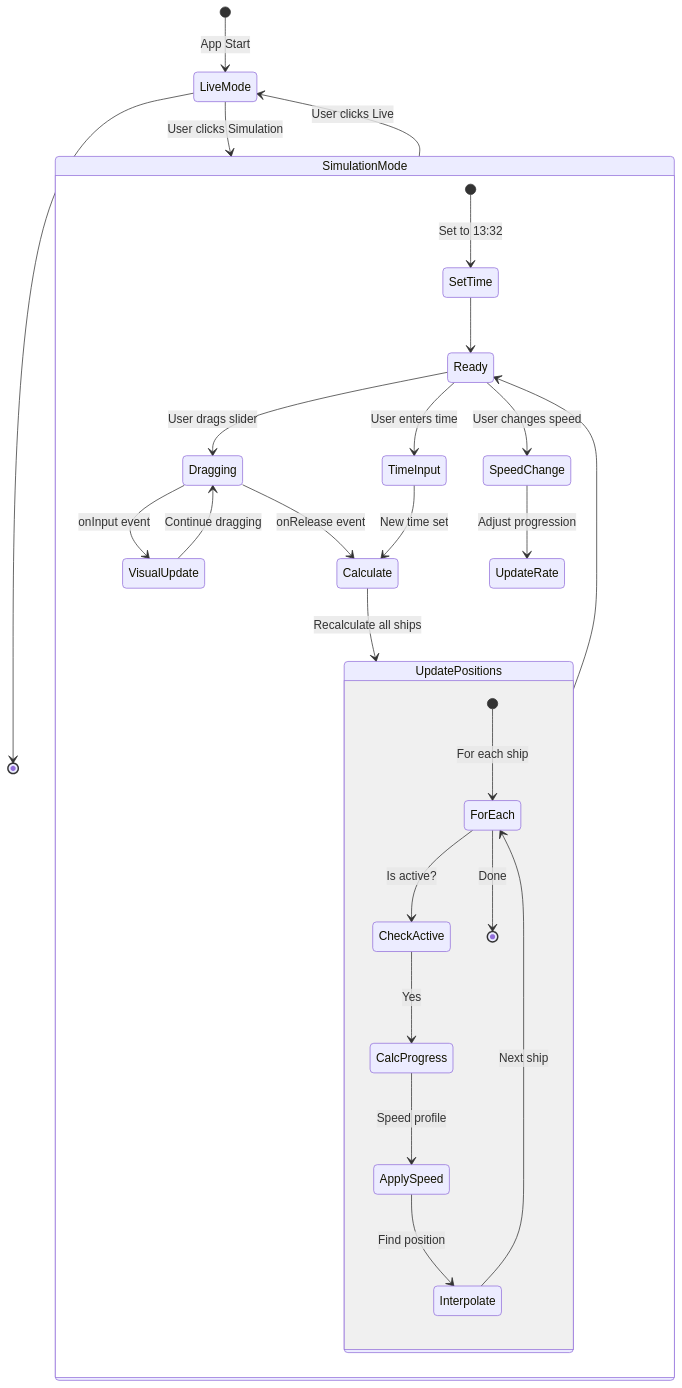
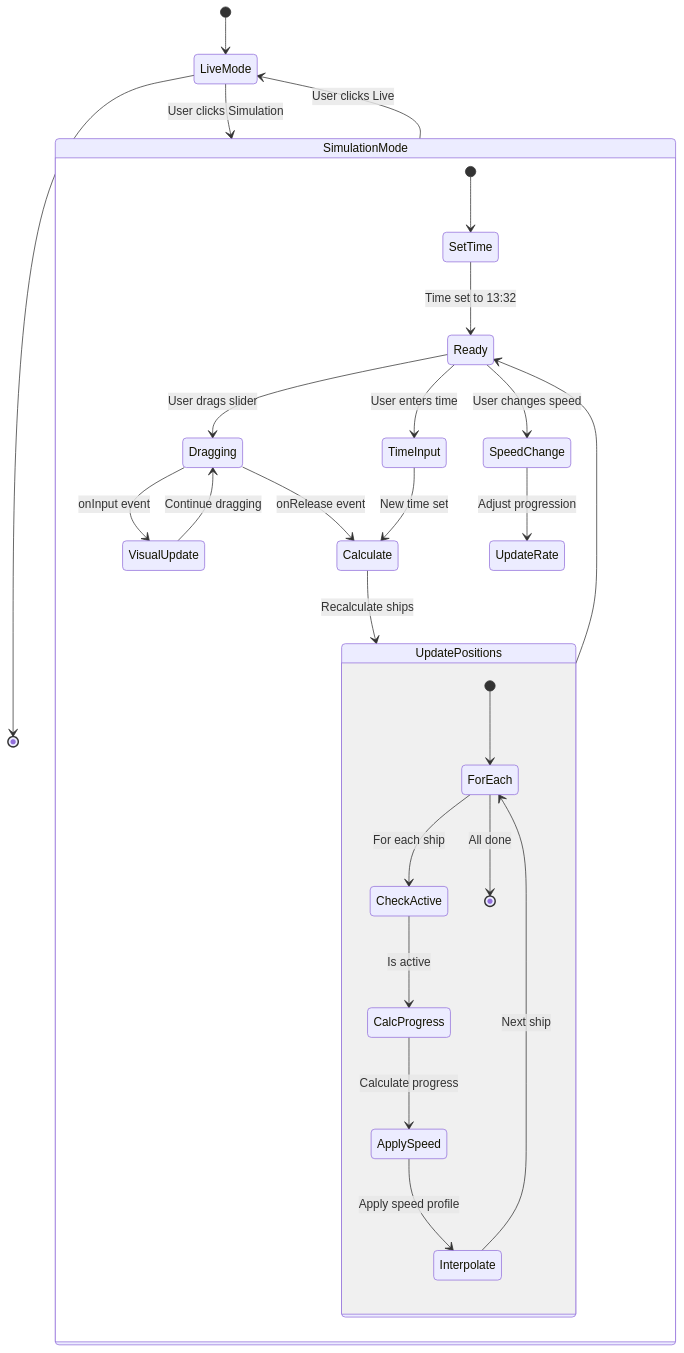
The fifth of 7 diagrams in docs/arc42-architecture.md (pfederi/shipvisualization), drawn with Mermaid before and after one commit.

Commit message:
Refine state diagram in arc42 architecture documentation: clarify transitions and improve descriptions for simulation mode and update positions. Adjusted labels for better readability.

````diff
--- a/docs/arc42-architecture.md
+++ b/docs/arc42-architecture.md
@@ -287,36 +287,36 @@
 ```mermaid
 stateDiagram-v2
-    [*] --> LiveMode: App Start
+    [*] --> LiveMode
     LiveMode --> SimulationMode: User clicks Simulation
     
     state SimulationMode {
-        [*] --> SetTime: Set to 13:32
-        SetTime --> Ready
+        [*] --> SetTime
+        SetTime --> Ready: Time set to 13:32
         Ready --> Dragging: User drags slider
         Ready --> SpeedChange: User changes speed
         Ready --> TimeInput: User enters time
         
         Dragging --> VisualUpdate: onInput event
         VisualUpdate --> Dragging: Continue dragging
         Dragging --> Calculate: onRelease event
         
         SpeedChange --> UpdateRate: Adjust progression
         TimeInput --> Calculate: New time set
         
-        Calculate --> UpdatePositions: Recalculate all ships
+        Calculate --> UpdatePositions: Recalculate ships
         UpdatePositions --> Ready
         
         state UpdatePositions {
-            [*] --> ForEach: For each ship
-            ForEach --> CheckActive: Is active?
-            CheckActive --> CalcProgress: Yes
-            CalcProgress --> ApplySpeed: Speed profile
-            ApplySpeed --> Interpolate: Find position
+            [*] --> ForEach
+            ForEach --> CheckActive: For each ship
+            CheckActive --> CalcProgress: Is active
+            CalcProgress --> ApplySpeed: Calculate progress
+            ApplySpeed --> Interpolate: Apply speed profile
             Interpolate --> ForEach: Next ship
-            ForEach --> [*]: Done
+            ForEach --> [*]: All done
         }
     }
     
     SimulationMode --> LiveMode: User clicks Live
     LiveMode --> [*]
 ```
````
